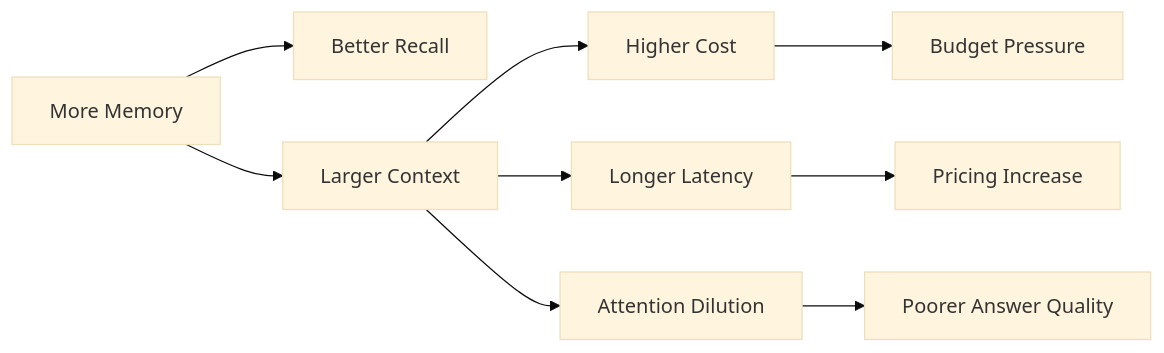
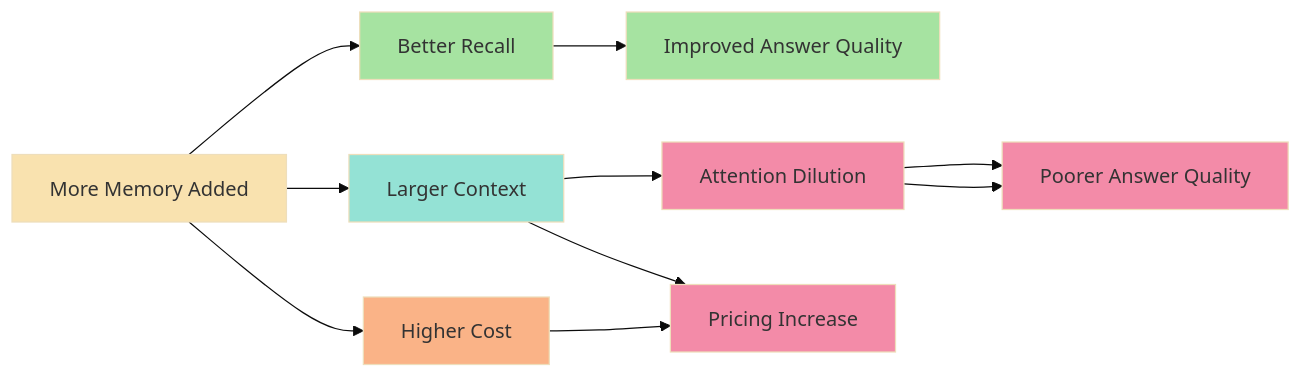
The eighth of 9 diagrams in Lecture 19 - Agent Memory Systems/notes/04_Dynamic_Context_Assembly_Stm_Ltm_Rag_Query.md (Amie-dev/FDE-and-GenAI-Mastery), drawn with Mermaid (base theme) before and after one commit. The commit also changed other lines of this file and 9 other files, not shown here.

````diff
--- a/Lecture 19 - Agent Memory Systems/notes/04_Dynamic_Context_Assembly_Stm_Ltm_Rag_Query.md
+++ b/Lecture 19 - Agent Memory Systems/notes/04_Dynamic_Context_Assembly_Stm_Ltm_Rag_Query.md
@@ -365,11 +553,23 @@
 ```mermaid
 flowchart LR
-    A["More Memory"] --> B[Better Recall]
+    A["More Memory Added"] --> B[Better Recall]
     A --> C[Larger Context]
-    C --> D[Higher Cost]
-    C --> E[Longer Latency]
+    A --> D[Higher Cost]
+    
+    B --> E[Improved Answer Quality]
     C --> F["Attention Dilution"]
-    D --> G[Budget Pressure]
-    E --> H[Pricing Increase]
-    F --> I[Poorer Answer Quality]
+    D --> G[Pricing Increase]
+    F --> H[Poorer Answer Quality]
+    
+    C --> G
+    F --> H
+    
+    style A fill:#f9e2af
+    style B fill:#a6e3a1
+    style C fill:#94e2d5
+    style D fill:#fab387
+    style E fill:#a6e3a1
+    style F fill:#f38ba8
+    style G fill:#f38ba8
+    style H fill:#f38ba8
 ```
````
